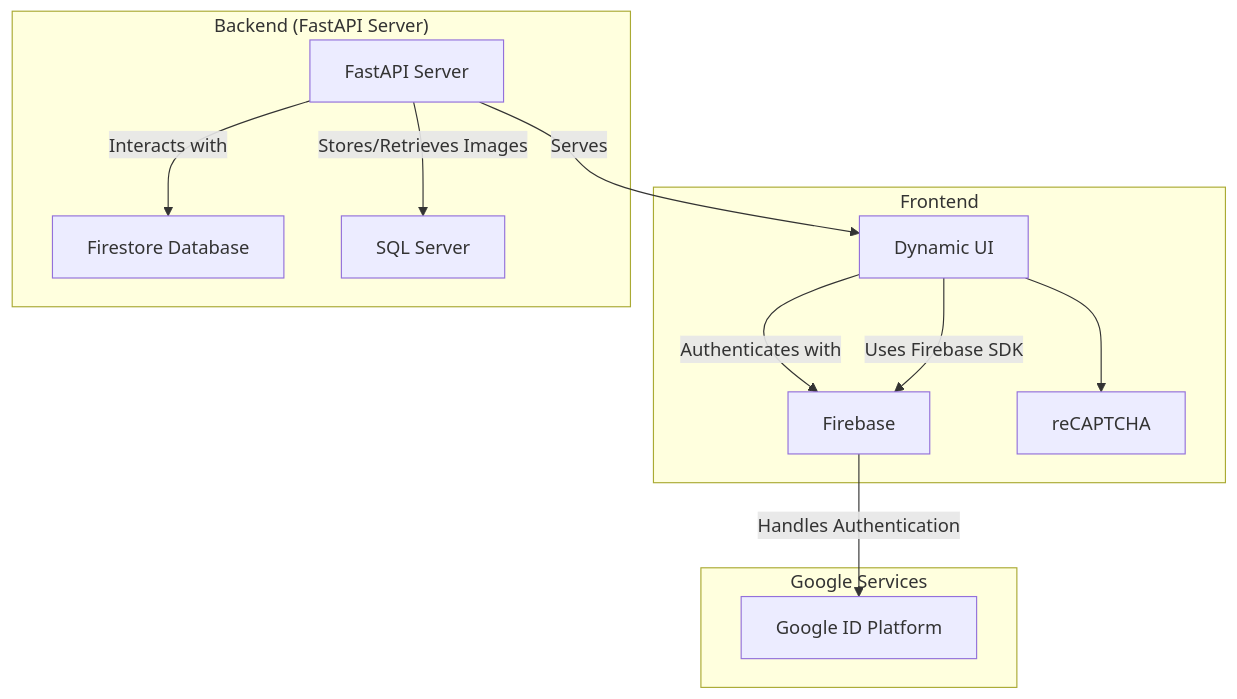
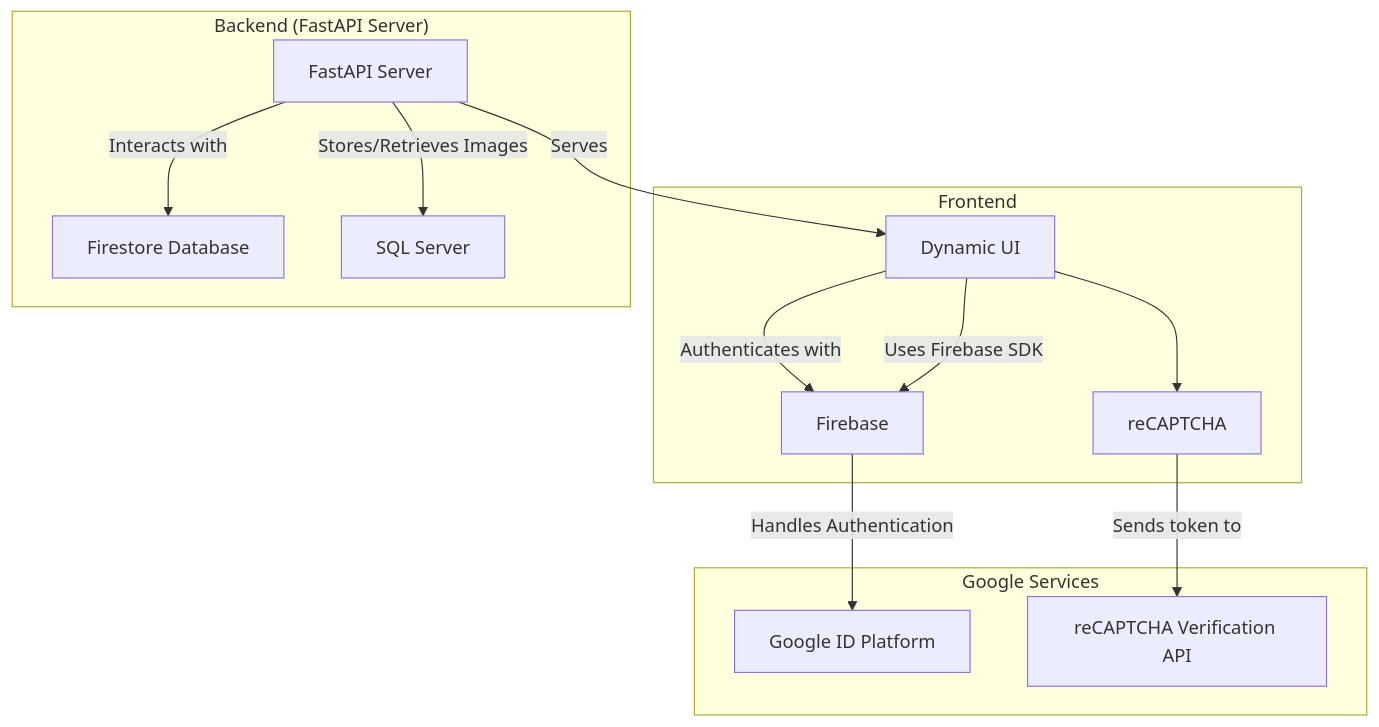
The diagram in README.md (chris-mohri/cs1660_final_proj), drawn with Mermaid before and after one commit.

````diff
--- a/README.md
+++ b/README.md
@@ -86,20 +86,22 @@
 ```mermaid
 graph TD;
     subgraph "Frontend"
         UI[Dynamic UI] -->|Authenticates with| Firebase
         UI --> Recaptcha["reCAPTCHA"]
     end
 
     subgraph "Backend (FastAPI Server)"
         FastAPI["FastAPI Server"] -->|Serves| UI
         FastAPI -->|Interacts with| Firestore
         FastAPI -->|Stores/Retrieves Images| SQLServer["SQL Server"]
     end
 
     subgraph "Google Services"
         Firebase -->|Handles Authentication| GoogleID["Google ID Platform"]
         Firestore["Firestore Database"]
+        RecaptchaAPI["reCAPTCHA Verification API"]
     end
 
     UI -->|Uses Firebase SDK| Firebase
+    Recaptcha -->|Sends token to| RecaptchaAPI
 ```
````
